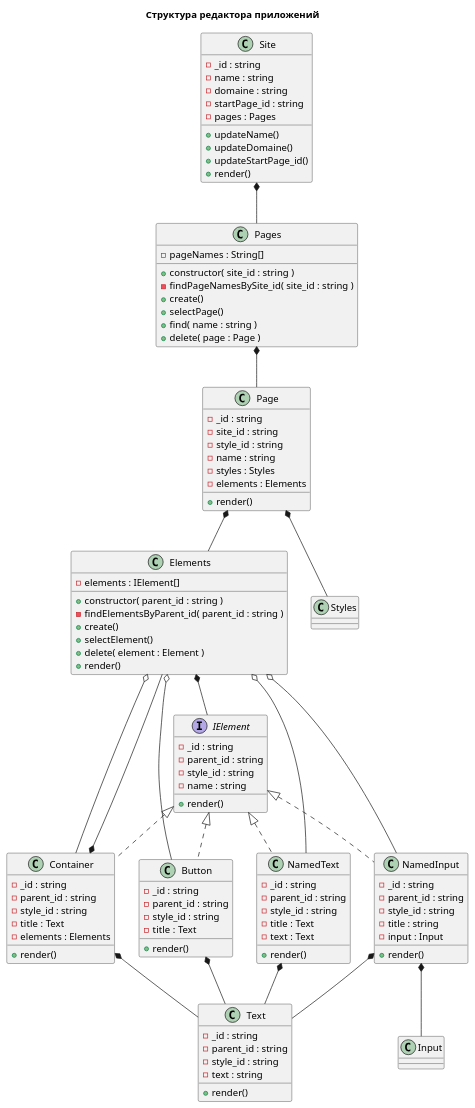
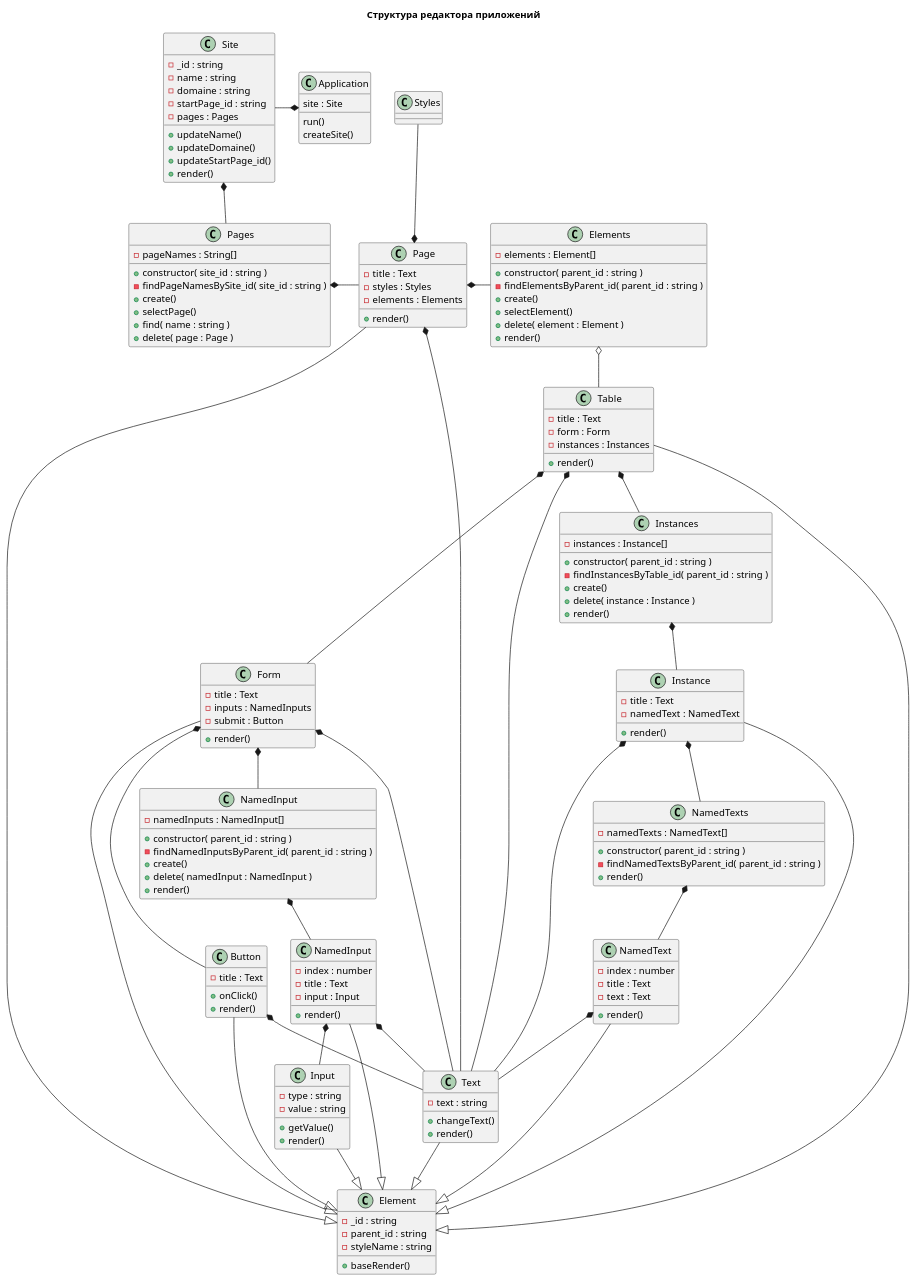
The diagram in client/src/Types/Structure/NewStructure/appStructure.puml (NikolayDemchenko/ReactTest), drawn with PlantUML before and after one commit.

Commit message:
Реализовать структуру в коде

```diff
--- a/client/src/Types/Structure/NewStructure/appStructure.puml
+++ b/client/src/Types/Structure/NewStructure/appStructure.puml
@@ -1,179 +1,169 @@
 @startuml
 title Структура редактора приложений
 
 
-' class "Application" as Application {
-    '     site : Site
-    '     ' siteSelector : LoadingSelector
-    '     ' pageEditor : PageEditor
-    '     ' loadSite()
-    '     ' loadPage()
-    '     ' editPage()
-    '
-    '
-' }
-' Application *-- PageEditor
-' Application *-- LoadingSelector
-' Application *-- Site
-
-
+class "Application" as Application {
+    site : Site
+    run()
+    createSite()
+}
+Application *-r- Site
 
 class "Site" as Site {
     - _id : string
     - name : string
     - domaine : string
     - startPage_id : string
     - pages : Pages
     + updateName()
     + updateDomaine()
     + updateStartPage_id()
     + render()
 }
 Site *-- Pages
 
 class "Pages" as Pages {
     - pageNames : String[]
     + constructor( site_id : string )
     - findPageNamesBySite_id( site_id : string )
     + create()
     + selectPage()
     + find( name : string )
     + delete( page : Page )
 }
-Pages *-- Page
+Pages *-r- Page
+
+
 class "Page" as Page {
-    - _id : string
-    - site_id : string
-    - style_id : string
-    - name : string
+    - title : Text
     - styles : Styles
     - elements : Elements
     + render()
 }
-
-Page *-- Elements
-Page *-- Styles
+Page  --|> Element
+Page *-r- Elements
+Page *-r- Text
+Page *-u- Styles
 
 class "Elements" as Elements {
-    - elements : IElement[]
+    - elements : Element[]
     + constructor( parent_id : string )
     - findElementsByParent_id( parent_id : string )
     + create()
     + selectElement()
     + delete( element : Element )
     + render()
 }
-Elements o-- Container
-Elements *-- IElement
-Elements o-- NamedText
-Elements o-- NamedInput
-Elements o-- Button
+Elements o-- Table
 
-interface "IElement" as IElement {
-    - _id : string
+
+class "Element" as Element {
+    - _id : string    
     - parent_id : string
-    - style_id : string
-    - name : string
+    - styleName : string
+    + baseRender()
+}
+
+class "Table" as Table {
+    - title : Text
+    - form : Form
+    - instances : Instances
     + render()
 }
-class "Container" as Container {
-    - _id : string
-    - parent_id : string
-    - style_id : string
+Table *-- Text
+Table *-- Form
+Table *-- Instances
+Table --|> Element
+
+
+class "Form" as Form {
     - title : Text
-    - elements : Elements
+    - inputs : NamedInputs
+    - submit : Button
     + render()
 }
-Container *-- Text
-Container *-- Elements
-class Container implements IElement
+Form *-- Button
+Form *-- NamedInputs
+Form *-- Text
+Form  --|> Element
+
+class "NamedInput" as NamedInputs {
+    - namedInputs : NamedInput[]
+    + constructor( parent_id : string )
+    - findNamedInputsByParent_id( parent_id : string )
+    + create()   
+    + delete( namedInput : NamedInput )
+    + render()
+}
+NamedInputs *-- NamedInput
+
+
+class "NamedInput" as NamedInput {
+    - index : number
+    - title : Text
+    - input : Input
+    + render()
+}
+NamedInput  --|> Element
+NamedInput *-- Input
+NamedInput *-- Text
+
+class "Input" as Input {
+    - type : string
+    - value : string 
+    + getValue()  
+    + render()
+}
+Input  --|> Element
+
+class "Button" as Button {  
+    - title : Text
+    + onClick()
+    + render()
+}
+Button *-- Text
+Button  --|> Element
+
+
+class "Text" as Text {
+    - text : string
+    + changeText()
+    + render()
+}
+Text --|> Element
+
+class "Instances" as Instances {
+    - instances : Instance[]
+    + constructor( parent_id : string )
+    - findInstancesByTable_id( parent_id : string )
+    + create()
+    + delete( instance : Instance )
+    + render()
+}
+Instances *-- Instance
+
+class "Instance" as Instance {  
+    - title : Text
+    - namedText : NamedText    
+    + render()
+}
+Instance  --|> Element
+Instance *-- Text
+Instance *-- NamedTexts
+class "NamedTexts" as NamedTexts {
+    - namedTexts : NamedText[]
+    + constructor( parent_id : string )
+    - findNamedTextsByParent_id( parent_id : string ) 
+    + render()
+}
+NamedTexts *-- NamedText
+
 class "NamedText" as NamedText {
-    - _id : string
-    - parent_id : string
-    - style_id : string
+    - index : number
     - title : Text
     - text : Text
     + render()
 }
+NamedText  --|> Element
 NamedText *-- Text
-class NamedText implements IElement
-class "NamedInput" as NamedInput {
-    - _id : string
-    - parent_id : string
-    - style_id : string
-    - title : string
-    - input : Input
-    + render()
-}
-class NamedInput implements IElement
-NamedInput *-- Input
-NamedInput *-- Text
-class "Button" as Button {
-    - _id : string
-    - parent_id : string
-    - style_id : string
-    - title : Text    
-    + render()
-}
-Button *-- Text
-class Button implements IElement
-
-
-class "Text" as Text {
-    - _id : string
-    - parent_id : string
-    - style_id : string
-    - text : string    
-    + render()
-}
-' class "PageEditor" as PageEditor {
-    '     styleEditor : StyleEditor
-
-    '
-    '
-' }
-
-' PageEditor *-- StyleEditor
-
-
-' class "LoadingSelector" as LoadingSelector{
-
-    '       selections : Selections
-    '       loader : Loader
-    '
-    '
-' }
-' LoadingSelector *-- Selections
-
-
-' class "Selections" as Selections{
-
-    '     items : string[]
-    '     renderEngine : RenderEngine
-    '     showItems()
-    '     getItems()
-    '
-    '
-' }
-' class "StyleEditor" as StyleEditor{
-
-    '
-    '
-' }
-' class "Page" as Page{
-
-    '     ' render : Render
-    '
-    '
-' }
-
-
-' MyArray ..|> ICollection
-' MyArray ..|> IData
-' MyArray ..|> IRender
-' MyArray o-- MyArray
-' MyArray o-l- MyVariable
-' MyArray o-- MyText
-' MyArray --|> MyBaseComponent
-
 @enduml
```
